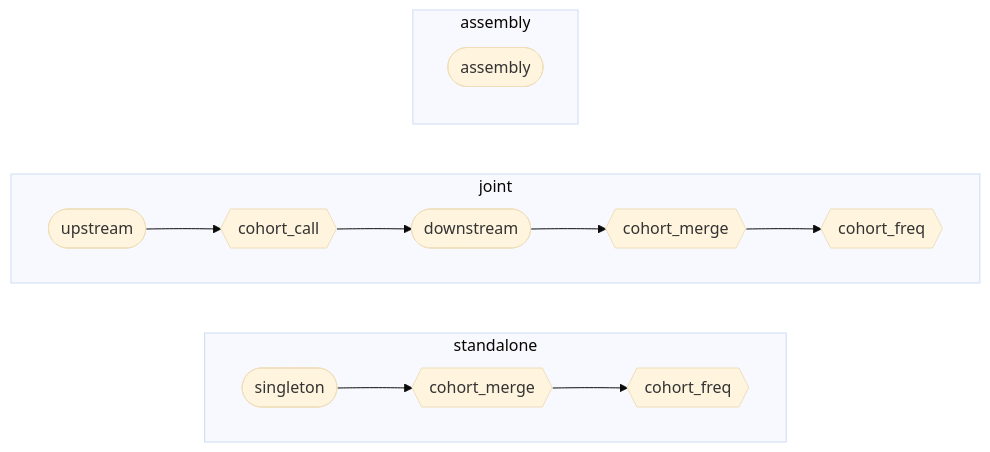
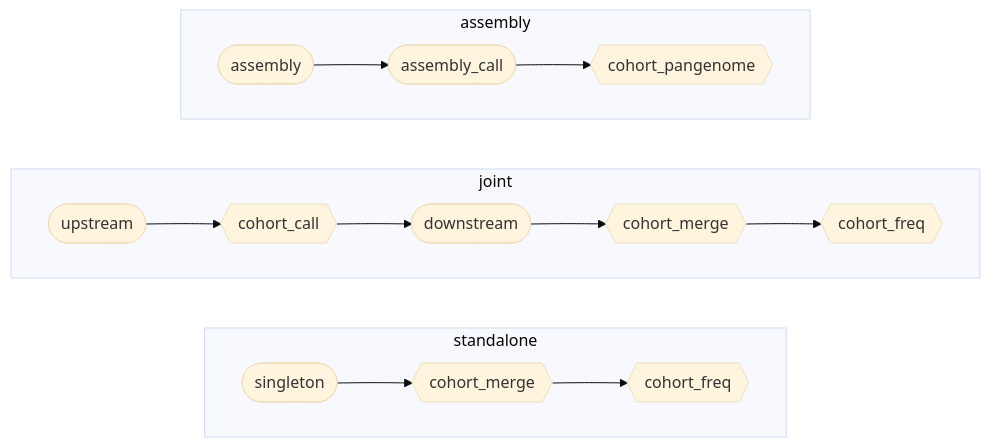
The diagram in docs/guide/01-overview.md (UppsalaGenomeCenter/ugc-wgw), drawn with Mermaid (base theme) before and after one commit. The commit also changed other lines of this file and 44 other files, not shown here.

````diff
--- a/docs/guide/01-overview.md
+++ b/docs/guide/01-overview.md
@@ -37,14 +39,15 @@
 ```mermaid
 flowchart LR
   subgraph standalone
     direction LR
     a1(["singleton"]) --> a2{{"cohort_merge"}} --> a3{{"cohort_freq"}}
   end
   subgraph joint
     direction LR
     b1(["upstream"]) --> b2{{"cohort_call"}} --> b3(["downstream"]) --> b4{{"cohort_merge"}} --> b5{{"cohort_freq"}}
   end
   subgraph assembly
-    c1(["assembly"])
+    direction LR
+    c1(["assembly"]) --> c2(["assembly_call"]) --> c3{{"cohort_pangenome"}}
   end
 ```
````
